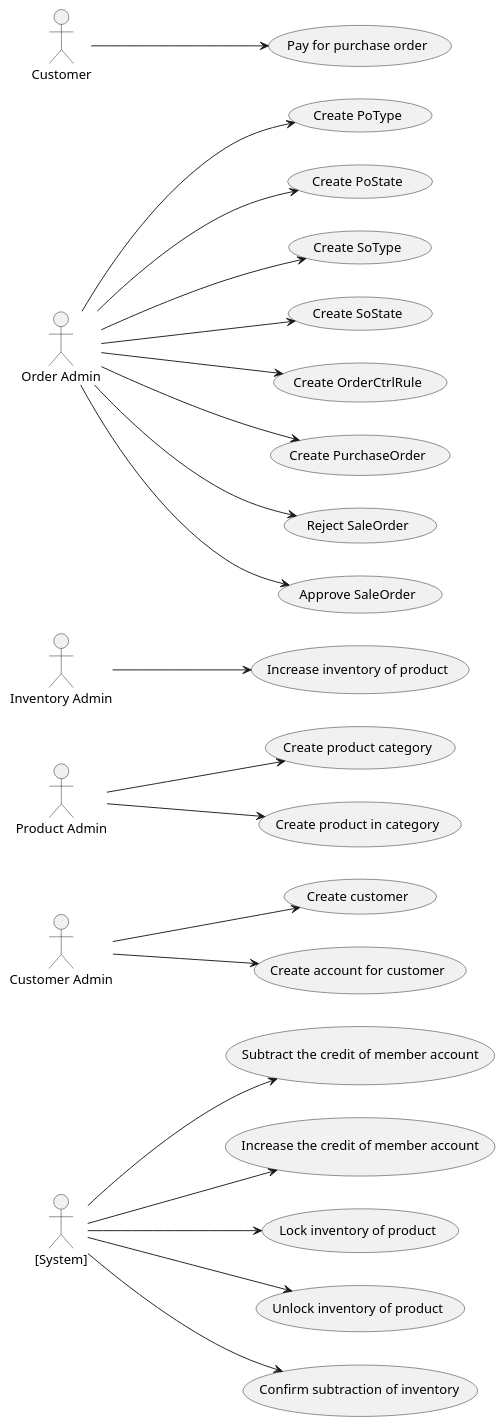
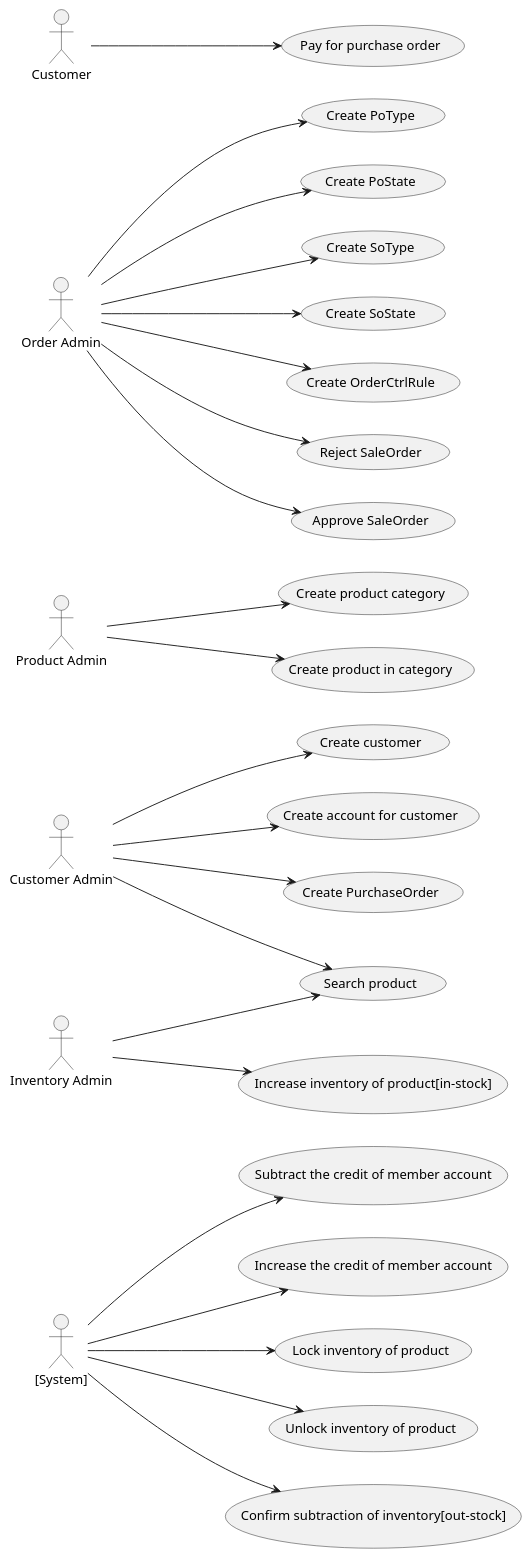
One commit to cckmit/omni-channel-cloud changed the diagram in design/uml/use-case.puml. Above: the diagram before and after it, drawn with PlantUML. The commit also changed 138 other files, not shown here.

```diff
--- a/design/uml/use-case.puml
+++ b/design/uml/use-case.puml
@@ -1,38 +1,40 @@
 @startuml
 
 left to right direction
 
 :[System]: as SYS
 
 :Customer Admin: as CA
 (Create customer) as (CC)
 (Create account for customer) as (CCA)
 CA ---> (CC)
 CA ---> (CCA)
 SYS ---> (Subtract the credit of member account)
 SYS ---> (Increase the credit of member account)
+CA ---> (Search product)
+CA ---> (Create PurchaseOrder)
 
 :Product Admin: as PA
 PA ---> (Create product category)
 PA ---> (Create product in category)
 
 :Inventory Admin: as IA
-IA ---> (Increase inventory of product)
+IA ---> (Search product)
+IA ---> (Increase inventory of product[in-stock])
 SYS ---> (Lock inventory of product)
 SYS ---> (Unlock inventory of product)
-SYS ---> (Confirm subtraction of inventory)
+SYS ---> (Confirm subtraction of inventory[out-stock])
 
 :Order Admin: as OA
 OA ---> (Create PoType)
 OA ---> (Create PoState)
 OA ---> (Create SoType)
 OA ---> (Create SoState)
 OA ---> (Create OrderCtrlRule)
-OA ---> (Create PurchaseOrder)
 OA ---> (Reject SaleOrder)
 OA ---> (Approve SaleOrder)
 
 :Customer: as C
 C ---> (Pay for purchase order)
 
 @enduml
```
